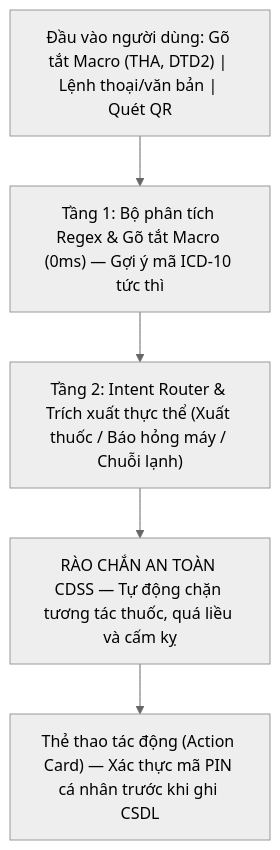
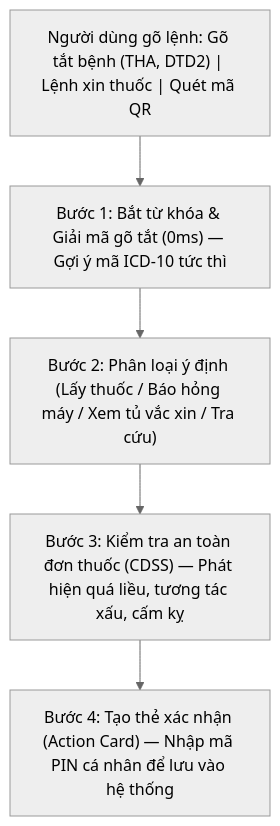
Before and after one commit to TontonYuta/clinical-ward: the third of 3 diagrams in docs/Bao_Cao_Tien_Do_Tuan_3.md, drawn with Mermaid (neutral theme). The commit also changed other lines of this file and 2 other files, not shown here.

````diff
--- a/docs/Bao_Cao_Tien_Do_Tuan_3.md
+++ b/docs/Bao_Cao_Tien_Do_Tuan_3.md
@@ -114,10 +114,10 @@
 ```mermaid
 flowchart TD
-    INP["Đầu vào người dùng: Gõ tắt Macro (THA, DTD2) | Lệnh thoại/văn bản | Quét QR"]
-    T1["Tầng 1: Bộ phân tích Regex & Gõ tắt Macro (0ms) — Gợi ý mã ICD-10 tức thì"]
-    T2["Tầng 2: Intent Router & Trích xuất thực thể (Xuất thuốc / Báo hỏng máy / Chuỗi lạnh)"]
-    CDSS["RÀO CHẮN AN TOÀN CDSS — Tự động chặn tương tác thuốc, quá liều và cấm kỵ"]
-    ACT["Thẻ thao tác động (Action Card) — Xác thực mã PIN cá nhân trước khi ghi CSDL"]
+    INP["Người dùng gõ lệnh: Gõ tắt bệnh (THA, DTD2) | Lệnh xin thuốc | Quét mã QR"]
+    T1["Bước 1: Bắt từ khóa & Giải mã gõ tắt (0ms) — Gợi ý mã ICD-10 tức thì"]
+    T2["Bước 2: Phân loại ý định (Lấy thuốc / Báo hỏng máy / Xem tủ vắc xin / Tra cứu)"]
+    CDSS["Bước 3: Kiểm tra an toàn đơn thuốc (CDSS) — Phát hiện quá liều, tương tác xấu, cấm kỵ"]
+    ACT["Bước 4: Tạo thẻ xác nhận (Action Card) — Nhập mã PIN cá nhân để lưu vào hệ thống"]
 
     INP --> T1 --> T2 --> CDSS --> ACT
 ```
````
